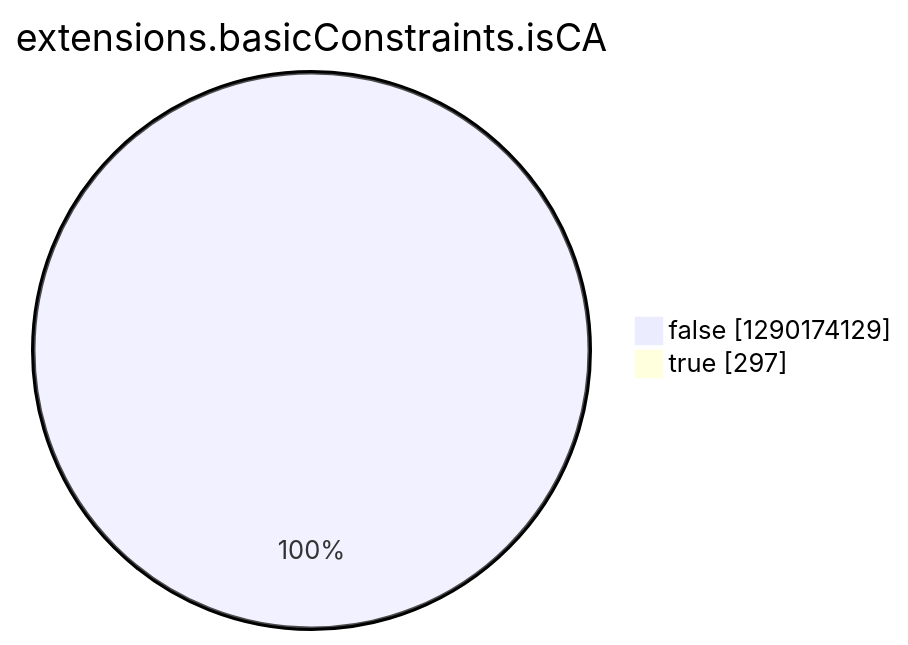
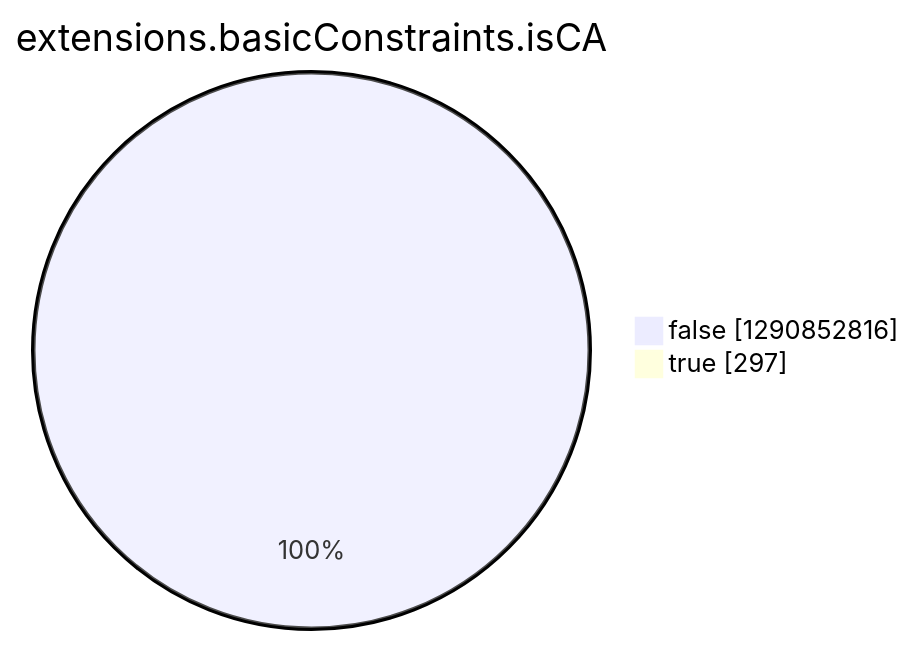
Before and after one commit to christiankrug/ctmonitor_visualization: the eighth of 15 diagrams in argon2022/README.md, drawn with Mermaid. The commit also changed other lines of this file, not shown here.

````diff
--- a/argon2022/README.md
+++ b/argon2022/README.md
@@ -2756,6 +2756,6 @@
 ```mermaid
 pie showData
 title extensions.basicConstraints.isCA
-"false" :1290174129
+"false" :1290852816
 "true" :297
 ```
````
